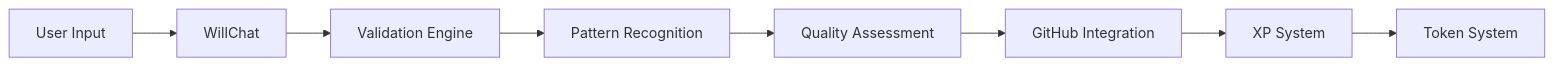
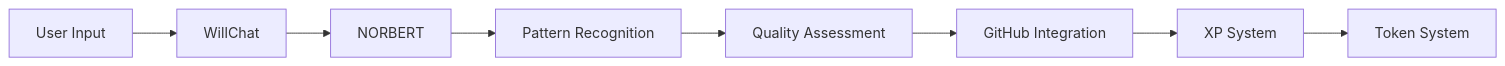
Before and after one commit to skenai/WILL: the diagram in wiki/Technical-Implementation.md, drawn with Mermaid. The commit also changed other lines of this file and 113 other files, not shown here.

Commit message:
docs: Update wiki documentation (March 15, 2025) - Update API and architecture docs - Add new framework documentation - Improve system documentation - Reorganize wiki structure

````diff
--- a/wiki/Technical-Implementation.md
+++ b/wiki/Technical-Implementation.md
@@ -27,10 +57,10 @@
 ```mermaid
 graph LR
     A[User Input] --> B[WillChat]
-    B --> C[Validation Engine]
+    B --> C[NORBERT]
     C --> D[Pattern Recognition]
     D --> E[Quality Assessment]
     E --> F[GitHub Integration]
     F --> G[XP System]
     G --> H[Token System]
 ```
````
